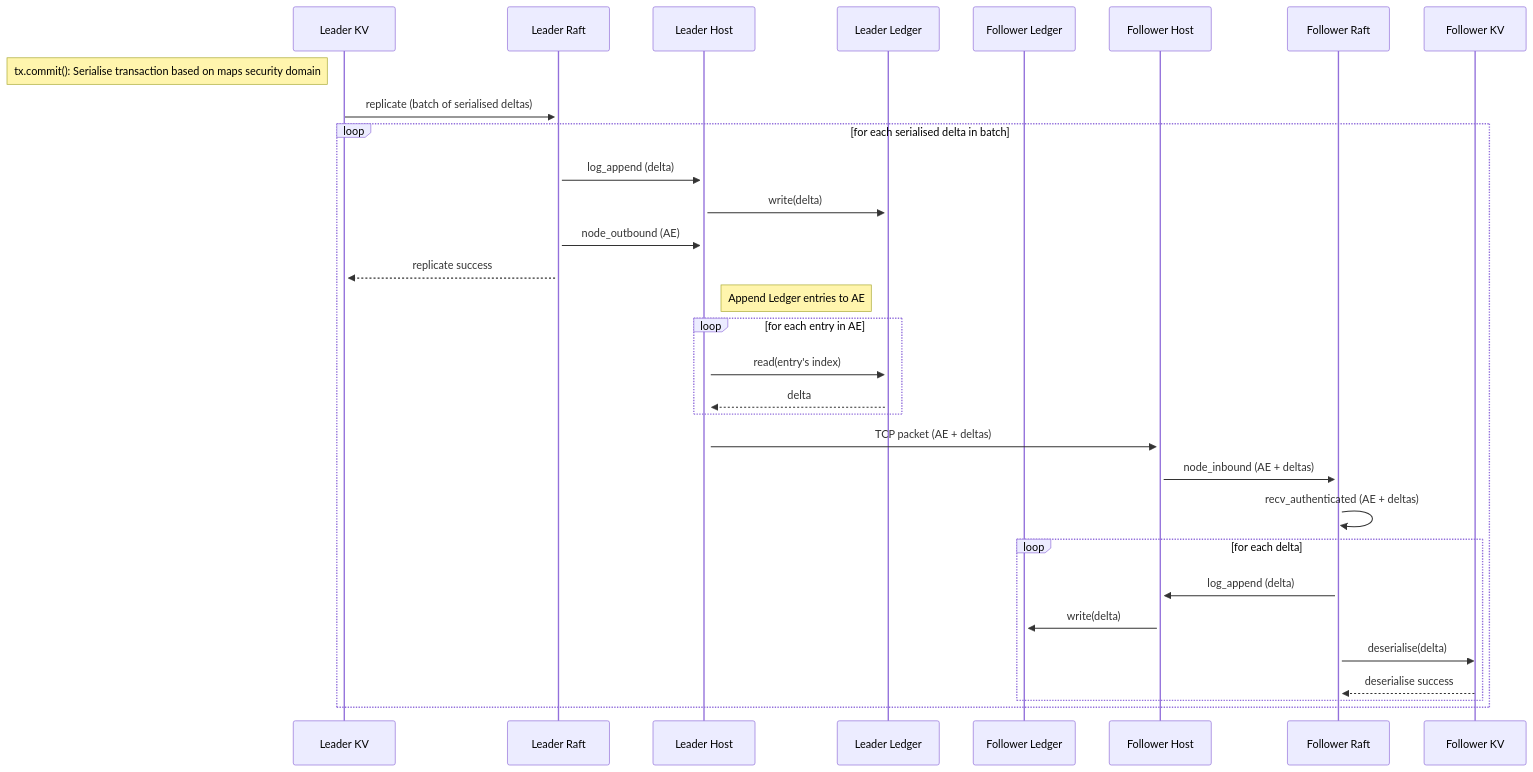
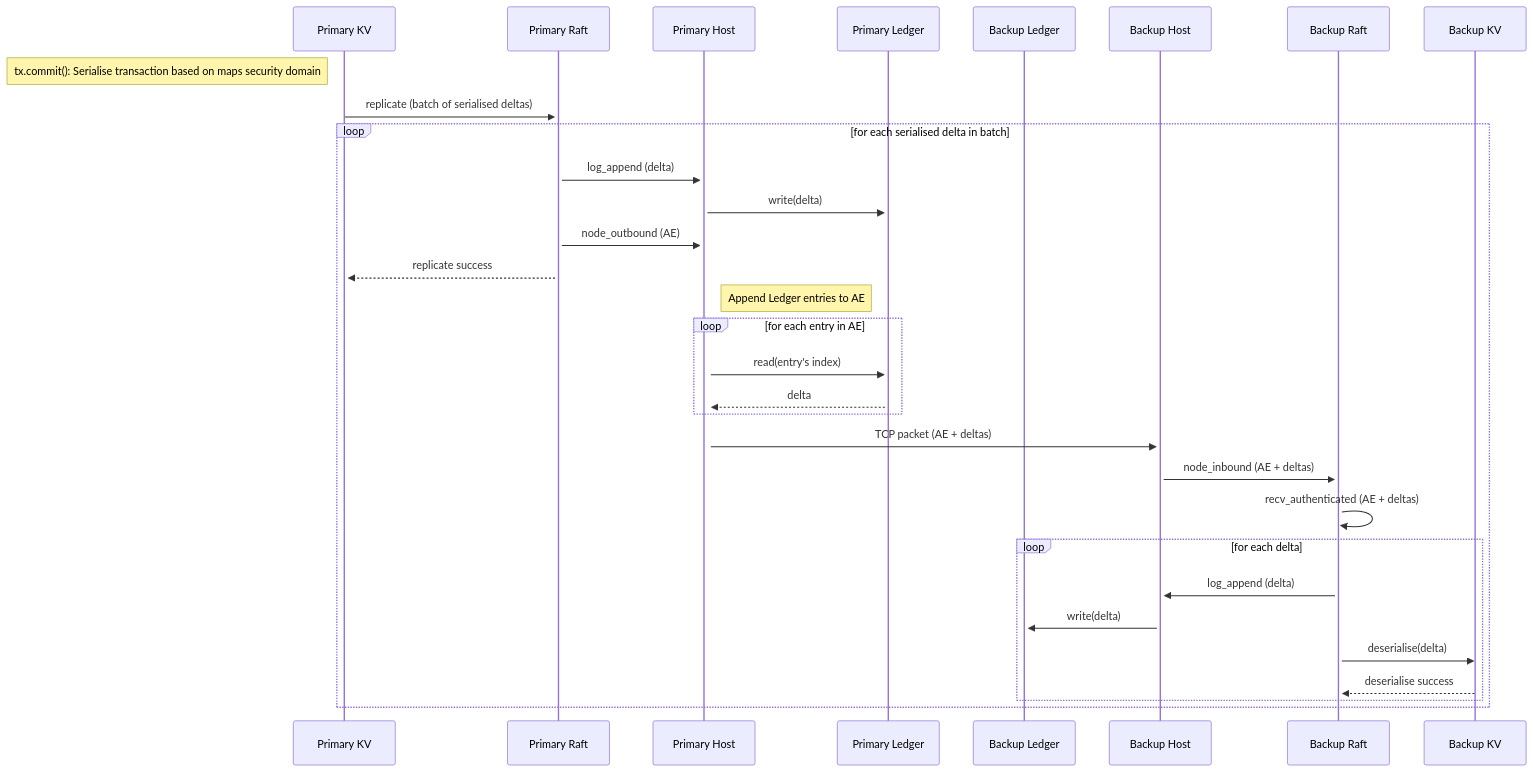
The diagram in sphinx/source/ledger.rst (microsoft/CCF), drawn with Mermaid before and after one commit. The commit also changed other lines of this file and 19 other files, not shown here.

```diff
--- a/sphinx/source/ledger.rst
+++ b/sphinx/source/ledger.rst
@@ -28,41 +28,41 @@
 .. mermaid::
 
     sequenceDiagram
-        participant Leader KV
-        participant Leader Raft
-        participant Leader Host
-        participant Leader Ledger
+        participant Primary KV
+        participant Primary Raft
+        participant Primary Host
+        participant Primary Ledger
 
-        participant Follower Ledger
-        participant Follower Host
-        participant Follower Raft
-        participant Follower KV
+        participant Backup Ledger
+        participant Backup Host
+        participant Backup Raft
+        participant Backup KV
 
-        Note left of Leader KV: tx.commit(): Serialise transaction based on maps security domain
-        Leader KV->>+Leader Raft: replicate (batch of serialised deltas)
+        Note left of Primary KV: tx.commit(): Serialise transaction based on maps security domain
+        Primary KV->>+Primary Raft: replicate (batch of serialised deltas)
 
         loop for each serialised delta in batch
-            Leader Raft->>+Leader Host: log_append (delta)
-            Leader Host->>+Leader Ledger: write(delta)
+            Primary Raft->>+Primary Host: log_append (delta)
+            Primary Host->>+Primary Ledger: write(delta)
 
-            Leader Raft->>+Leader Host: node_outbound (AE)
-            Leader Raft-->>+Leader KV: replicate success
+            Primary Raft->>+Primary Host: node_outbound (AE)
+            Primary Raft-->>+Primary KV: replicate success
 
-            Note right of Leader Host: Append Ledger entries to AE
+            Note right of Primary Host: Append Ledger entries to AE
             loop for each entry in AE
-                Leader Host->>+Leader Ledger: read(entry's index)
-                Leader Ledger-->>Leader Host: delta
+                Primary Host->>+Primary Ledger: read(entry's index)
+                Primary Ledger-->>Primary Host: delta
             end
-            Leader Host->>+Follower Host: TCP packet (AE + deltas)
+            Primary Host->>+Backup Host: TCP packet (AE + deltas)
 
-            Follower Host->>+Follower Raft: node_inbound (AE + deltas)
+            Backup Host->>+Backup Raft: node_inbound (AE + deltas)
 
-            Follower Raft->>Follower Raft: recv_authenticated (AE + deltas)
+            Backup Raft->>Backup Raft: recv_authenticated (AE + deltas)
             loop for each delta
-                Follower Raft->>Follower Host: log_append (delta)
-                Follower Host->>+Follower Ledger: write(delta)
-                Follower Raft->>Follower KV: deserialise(delta)
-                Follower KV-->>+Follower Raft: deserialise success
+                Backup Raft->>Backup Host: log_append (delta)
+                Backup Host->>+Backup Ledger: write(delta)
+                Backup Raft->>Backup KV: deserialise(delta)
+                Backup KV-->>+Backup Raft: deserialise success
             end
 
         end
```
